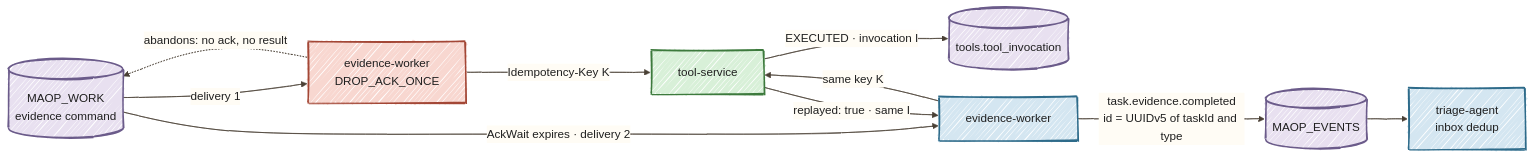
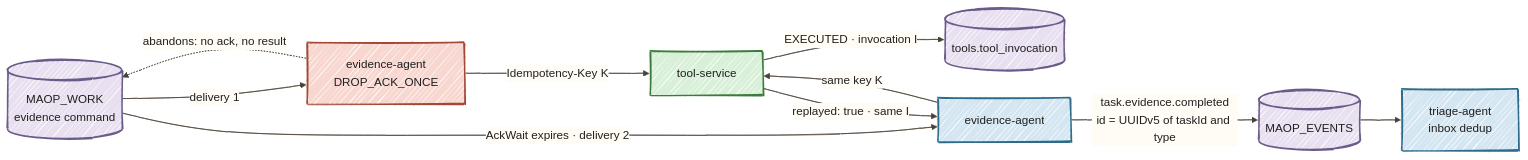
The diagram in docs/tutorials/03-messaging-and-redelivery.md (danieloh30/many-agents-one-platform), drawn with Mermaid before and after one commit. The commit also changed other lines of this file and 81 other files, not shown here.

First line of the commit message:
Rename evidence-worker to evidence-agent

````diff
--- a/docs/tutorials/03-messaging-and-redelivery.md
+++ b/docs/tutorials/03-messaging-and-redelivery.md
@@ -31,21 +31,21 @@
 ```mermaid
 %%{init: {"look":"handDrawn","theme":"base","themeVariables":{"darkMode":false,"background":"#FFFCF5","primaryColor":"#D4E6F1","primaryBorderColor":"#2E6B8A","primaryTextColor":"#1F1F1F","secondaryColor":"#D8F0D8","secondaryTextColor":"#1F1F1F","tertiaryColor":"#E8DCC4","tertiaryTextColor":"#1F1F1F","textColor":"#1F1F1F","lineColor":"#4A4035","edgeLabelBackground":"#FFFCF5","clusterBkg":"#F5F5F0","clusterBorder":"#6B5B45","fontSize":"16px"},"flowchart":{"nodeSpacing":35,"rankSpacing":55,"padding":18,"curve":"basis"}}}%%
 flowchart LR
-    WORK[(MAOP_WORK<br/>evidence command)] -->|delivery 1| E1[evidence-worker<br/>DROP_ACK_ONCE]
+    WORK[(MAOP_WORK<br/>evidence command)] -->|delivery 1| E1[evidence-agent<br/>DROP_ACK_ONCE]
     E1 -->|Idempotency-Key K| TOOLS[tool-service]
     TOOLS -->|EXECUTED · invocation I| DB[(tools.tool_invocation)]
     E1 -.->|abandons: no ack, no result| WORK
-    WORK -->|AckWait expires · delivery 2| E2[evidence-worker]
+    WORK -->|AckWait expires · delivery 2| E2[evidence-agent]
     E2 -->|same key K| TOOLS
     TOOLS -->|replayed: true · same I| E2
     E2 -->|task.evidence.completed<br/>id = UUIDv5 of taskId and type| EVENTS[(MAOP_EVENTS)]
     EVENTS --> TRIAGE[triage-agent<br/>inbox dedup]
 
     style WORK fill:#E8E0F0,stroke:#6B5B8A,color:#1F1F1F,stroke-width:2px
     style EVENTS fill:#E8E0F0,stroke:#6B5B8A,color:#1F1F1F,stroke-width:2px
     style DB fill:#E8E0F0,stroke:#6B5B8A,color:#1F1F1F,stroke-width:2px
     style E1 fill:#F8D7D0,stroke:#A34736,color:#1F1F1F,stroke-width:2px
     style E2 fill:#D4E6F1,stroke:#2E6B8A,color:#1F1F1F,stroke-width:2px
     style TOOLS fill:#D8F0D8,stroke:#3D7A3D,color:#1F1F1F,stroke-width:2px
     style TRIAGE fill:#D4E6F1,stroke:#2E6B8A,color:#1F1F1F,stroke-width:2px
 ```
````
